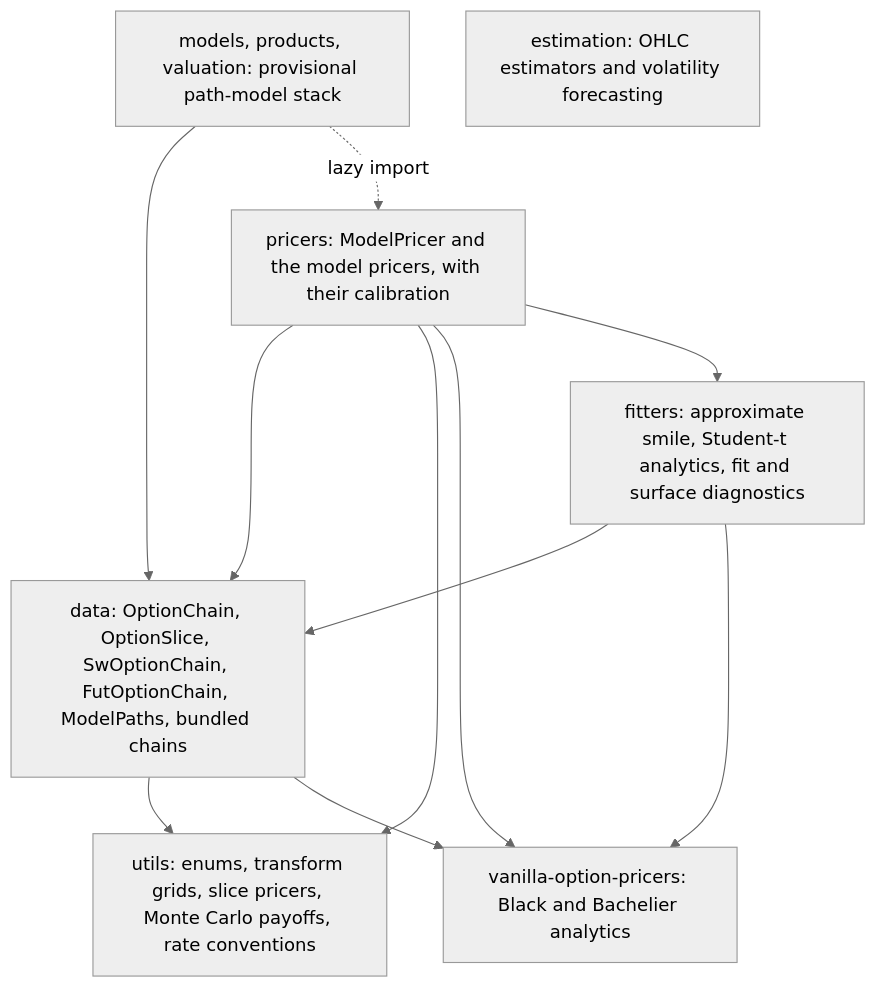
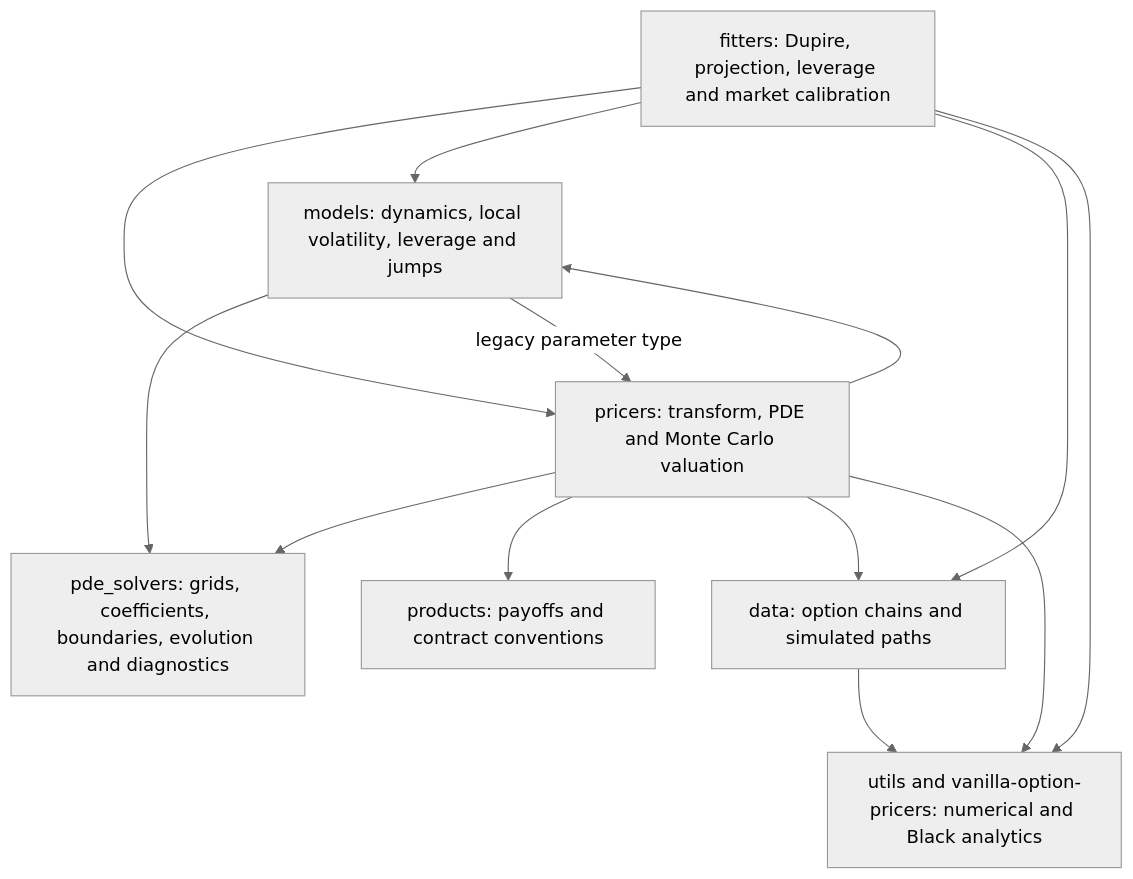
The diagram in docs/software_design.md (ArturSepp/StochVolModels), drawn with Mermaid (neutral theme) before and after one commit. The commit also changed other lines of this file and 11 other files, not shown here.

````diff
--- a/docs/software_design.md
+++ b/docs/software_design.md
@@ -25,20 +25,22 @@
 ```mermaid
 flowchart TB
-    V["vanilla-option-pricers: Black and Bachelier analytics"]
-    U["utils: enums, transform grids, slice pricers, Monte Carlo payoffs, rate conventions"]
-    D["data: OptionChain, OptionSlice, SwOptionChain, FutOptionChain, ModelPaths, bundled chains"]
-    P["pricers: ModelPricer and the model pricers, with their calibration"]
-    F["fitters: approximate smile, Student-t analytics, fit and surface diagnostics"]
-    M["models, products, valuation: provisional path-model stack"]
-    E["estimation: OHLC estimators and volatility forecasting"]
+    N["pde_solvers: grids, coefficients, boundaries, evolution and diagnostics"]
+    M["models: dynamics, local volatility, leverage and jumps"]
+    R["products: payoffs and contract conventions"]
+    P["pricers: transform, PDE and Monte Carlo valuation"]
+    F["fitters: Dupire, projection, leverage and market calibration"]
+    D["data: option chains and simulated paths"]
+    U["utils and vanilla-option-pricers: numerical and Black analytics"]
+    F --> P
+    F --> M
+    F --> D
+    P --> M
+    P --> N
+    P --> R
+    P --> D
+    M --> N
+    M -->|legacy parameter type| P
     D --> U
-    D --> V
-    P --> D
     P --> U
-    P --> V
-    P --> F
-    F --> D
-    F --> V
-    M --> D
-    M -. lazy import .-> P
+    F --> U
 ```
````
